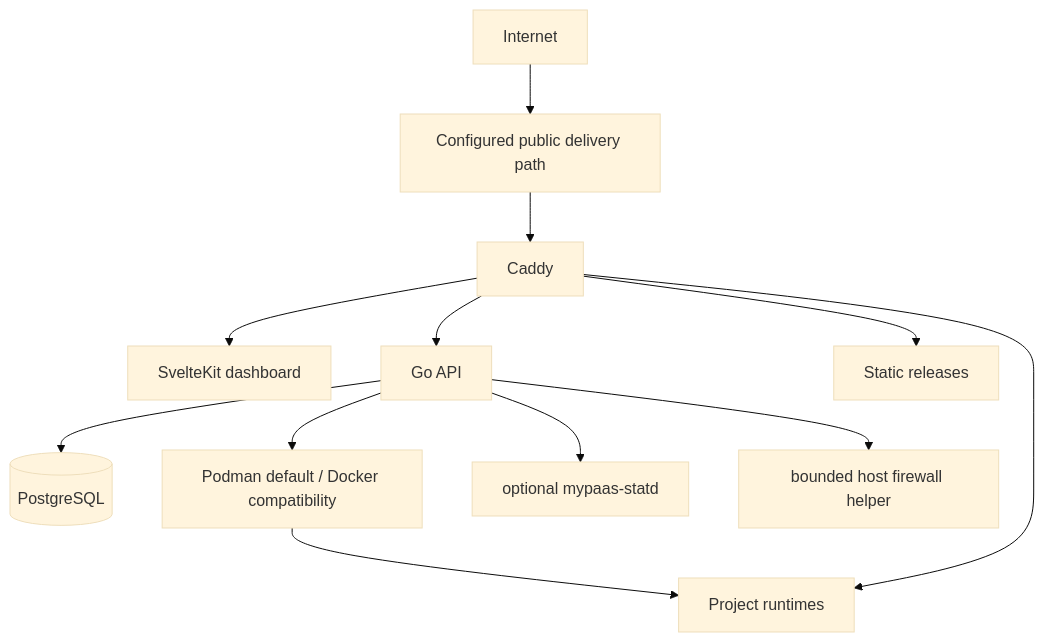
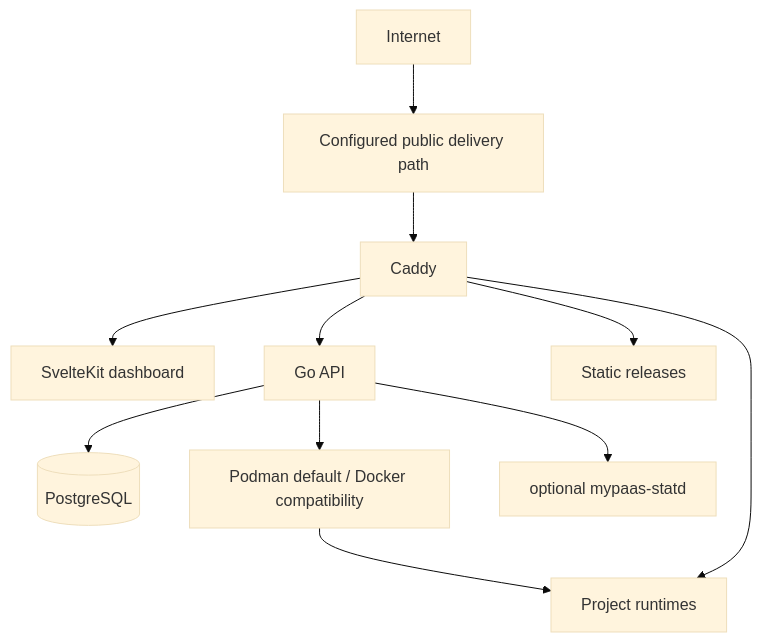
One commit to nabilrn/MyPaas changed the diagram in README.md. Above: the diagram before and after it, drawn with Mermaid (base theme). The commit also changed other lines of this file and 25 other files, not shown here.

````diff
--- a/README.md
+++ b/README.md
@@ -111,13 +95,12 @@
 ```mermaid
 flowchart TB
     Internet["Internet"] --> Delivery["Configured public delivery path"] --> Caddy["Caddy"]
     Caddy --> Dashboard["SvelteKit dashboard"]
     Caddy --> API["Go API"]
     Caddy --> Static["Static releases"]
     Caddy --> Runtime["Project runtimes"]
     API --> Postgres[("PostgreSQL")]
     API --> Engine["Podman default / Docker compatibility"]
     API --> Statd["optional mypaas-statd"]
-    API --> Firewall["bounded host firewall helper"]
     Engine --> Runtime
 ```
````
